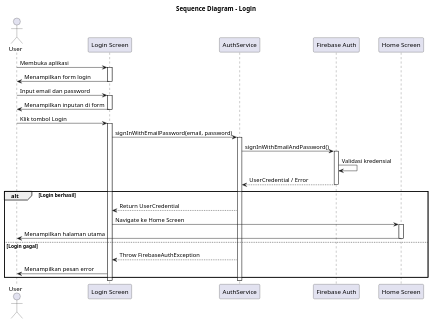
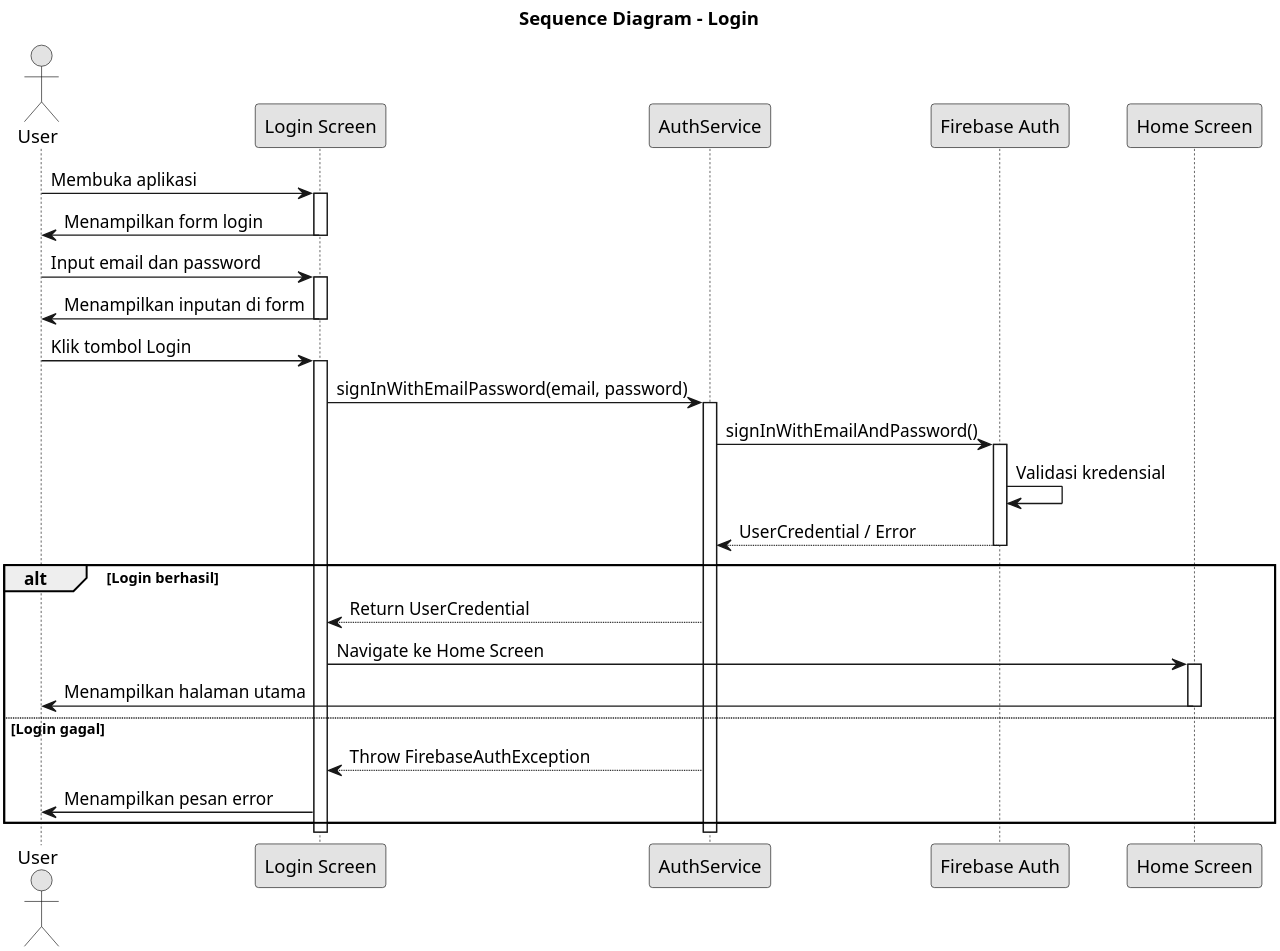
Before and after one commit to DarmawanWisnu/flutter-cea-system: the diagram in docs/diagrams/sequence/sequence_login.puml, drawn with PlantUML. The commit also changed other lines of this file and 24 other files, not shown here.

```diff
--- a/docs/diagrams/sequence/sequence_login.puml
+++ b/docs/diagrams/sequence/sequence_login.puml
@@ -1,51 +1,53 @@
 @startuml
+scale 3
+skinparam monochrome true
 title Sequence Diagram - Login
 
 actor "User" as User
 participant "Login Screen" as Form
 participant "AuthService" as Auth
 participant "Firebase Auth" as Firebase
 participant "Home Screen" as Home
 
 ' === Awal ===
 User -> Form : Membuka aplikasi
 activate Form
 Form -> User : Menampilkan form login
 deactivate Form
 
 ' === Proses input ===
 User -> Form : Input email dan password
 activate Form
 Form -> User : Menampilkan inputan di form
 deactivate Form
 
 User -> Form : Klik tombol Login
 activate Form
 
 ' === Kirim ke AuthService ===
 Form -> Auth : signInWithEmailPassword(email, password)
 activate Auth
 
 ' === Validasi ke Firebase ===
 Auth -> Firebase : signInWithEmailAndPassword()
 activate Firebase
 Firebase -> Firebase : Validasi kredensial
 Firebase --> Auth : UserCredential / Error
 deactivate Firebase
 
 ' === Handling hasil ===
 alt Login berhasil
   Auth --> Form : Return UserCredential
   Form -> Home : Navigate ke Home Screen
   activate Home
   Home -> User : Menampilkan halaman utama
   deactivate Home
 else Login gagal
   Auth --> Form : Throw FirebaseAuthException
   Form -> User : Menampilkan pesan error
 end
 
 deactivate Auth
 deactivate Form
 
 @enduml
```
